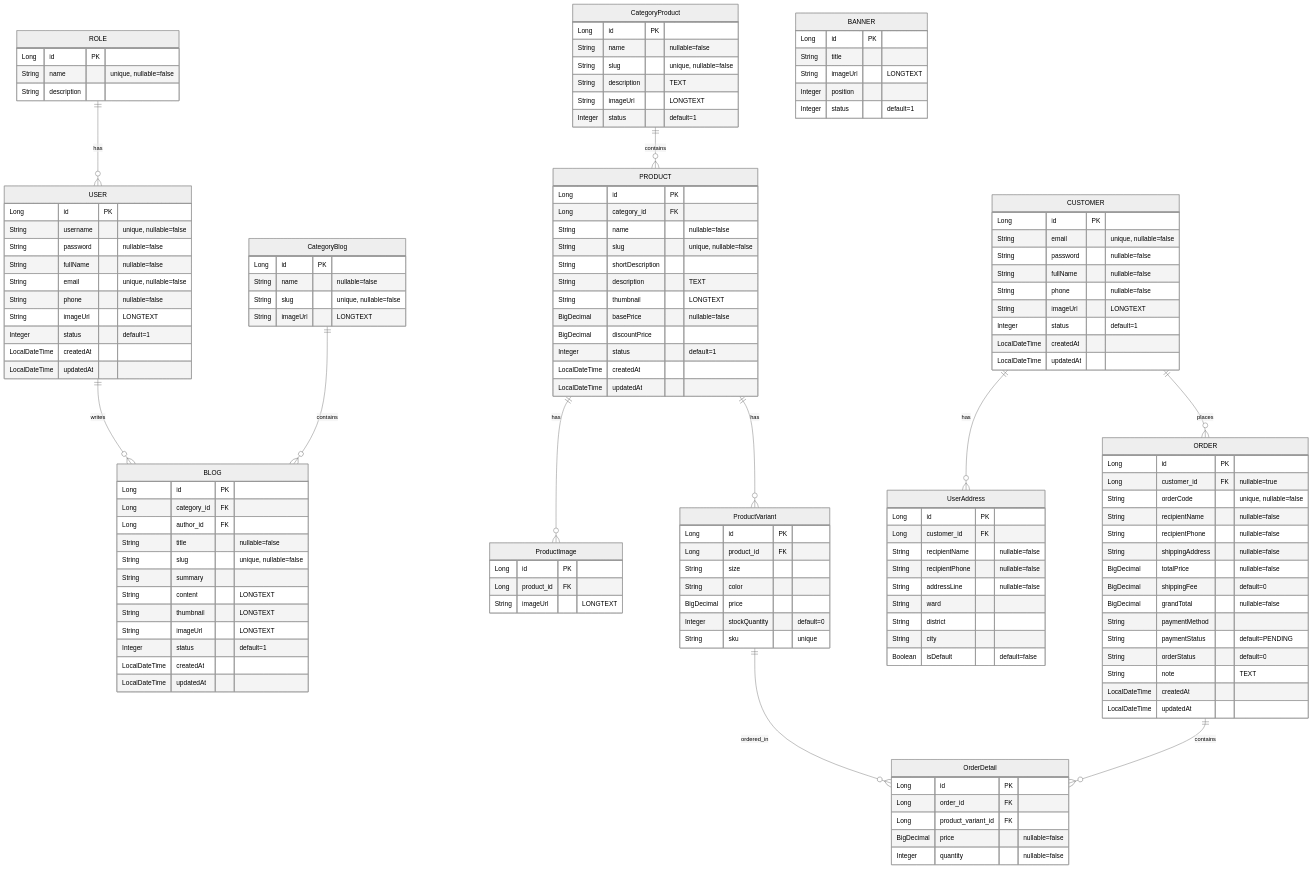
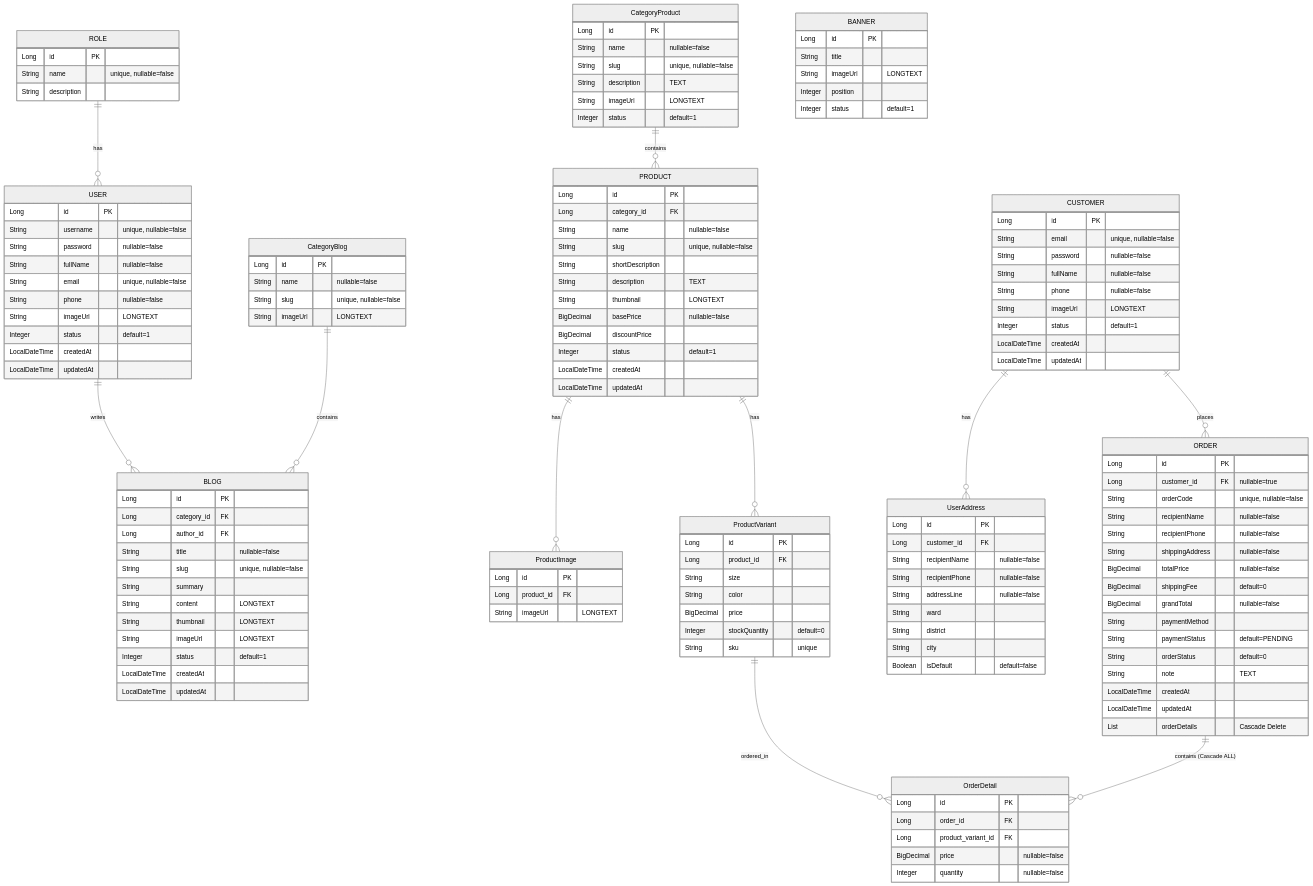
The second of 2 diagrams in README.md (VuHoangChinh222/Web-2), drawn with Mermaid (neutral theme) before and after one commit. The commit also changed other lines of this file and 135 other files, not shown here.

```diff
--- a/README.md
+++ b/README.md
@@ -59,7 +65,7 @@
     PRODUCT ||--o{ ProductVariant : "has"
     CUSTOMER ||--o{ UserAddress : "has"
     CUSTOMER ||--o{ ORDER : "places"
-    ORDER ||--o{ OrderDetail : "contains"
+    ORDER ||--o{ OrderDetail : "contains (Cascade ALL)"
     ProductVariant ||--o{ OrderDetail : "ordered_in"
 
     ROLE {
@@ -183,6 +189,7 @@
         String note "TEXT"
         LocalDateTime createdAt
         LocalDateTime updatedAt
+        List orderDetails "Cascade Delete"
     }
 
     OrderDetail {
```
